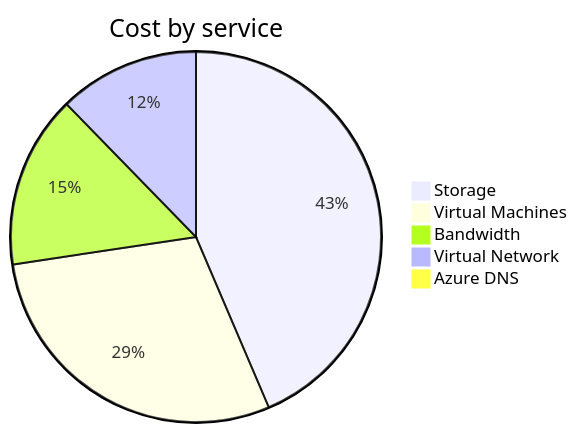
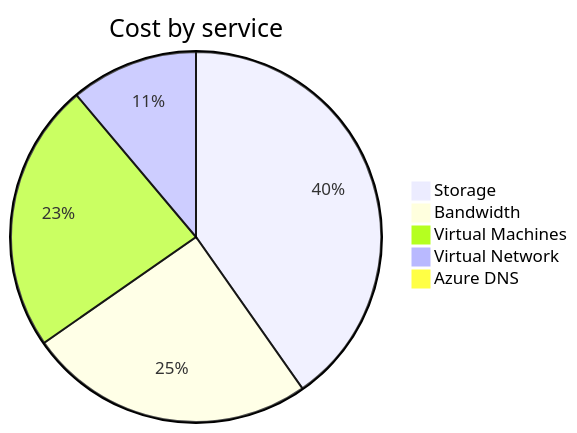
One commit to jpfulton/azure-personal-reports changed the second of 4 diagrams in cost-reports/personal-network/README.md. Above: the diagram before and after it, drawn with Mermaid. The commit also changed other lines of this file and 8 other files, not shown here.

````diff
--- a/cost-reports/personal-network/README.md
+++ b/cost-reports/personal-network/README.md
@@ -99,9 +99,9 @@
 ```mermaid
 pie
    title Cost by service
-   "Storage" : 0.78
-   "Virtual Machines" : 0.52
-   "Bandwidth" : 0.27
-   "Virtual Network" : 0.22
-   "Azure DNS" : 0.01
+   "Storage" : 1.59
+   "Bandwidth" : 0.99
+   "Virtual Machines" : 0.93
+   "Virtual Network" : 0.44
+   "Azure DNS" : 0.03
 ```
````
